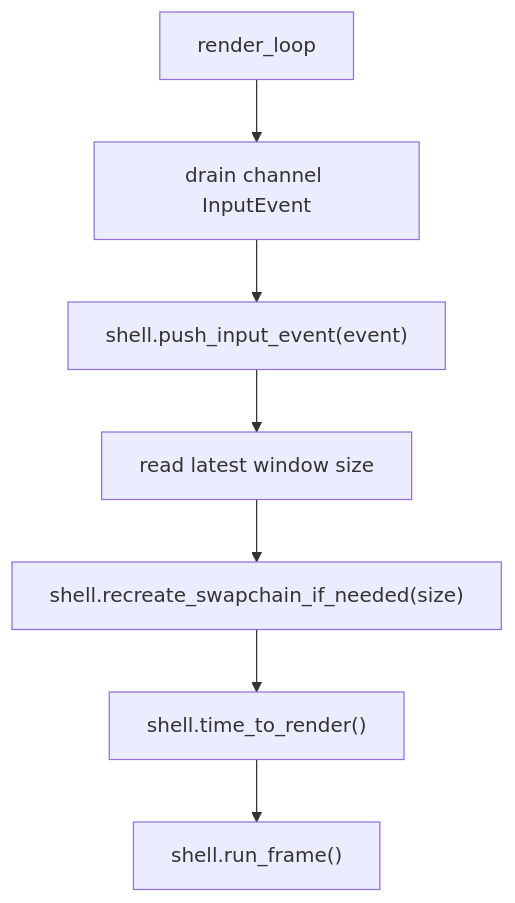
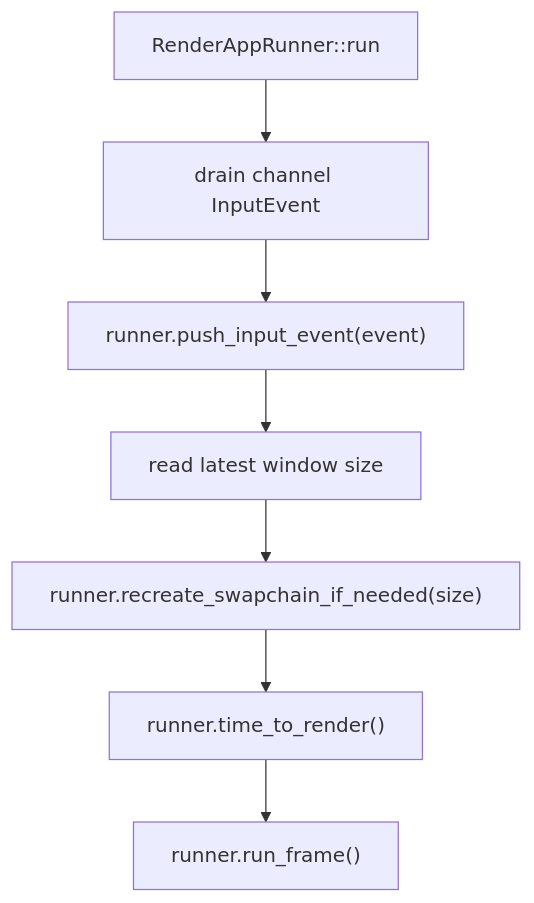
The third of 5 diagrams in docs/summaries/frame-lifecycle.md (acccoco/TruvisRenderer), drawn with Mermaid before and after one commit. The commit also changed other lines of this file and 35 other files, not shown here.

````diff
--- a/docs/summaries/frame-lifecycle.md
+++ b/docs/summaries/frame-lifecycle.md
@@ -65,9 +65,9 @@
 ```mermaid
 flowchart TD
-    RenderLoop["render_loop"] --> DrainInput["drain channel InputEvent"]
-    DrainInput --> PushInput["shell.push_input_event(event)"]
+    RenderLoop["RenderAppRunner::run"] --> DrainInput["drain channel InputEvent"]
+    DrainInput --> PushInput["runner.push_input_event(event)"]
     PushInput --> ReadSize["read latest window size"]
-    ReadSize --> RecreateSwapchain["shell.recreate_swapchain_if_needed(size)"]
-    RecreateSwapchain --> TimeToRender["shell.time_to_render()"]
-    TimeToRender --> RunFrame["shell.run_frame()"]
+    ReadSize --> RecreateSwapchain["runner.recreate_swapchain_if_needed(size)"]
+    RecreateSwapchain --> TimeToRender["runner.time_to_render()"]
+    TimeToRender --> RunFrame["runner.run_frame()"]
 ```
````
